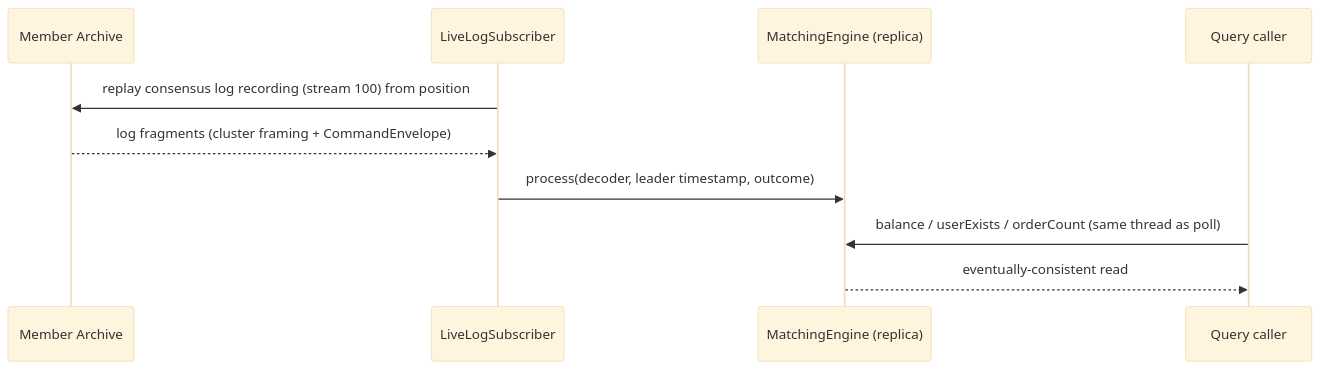
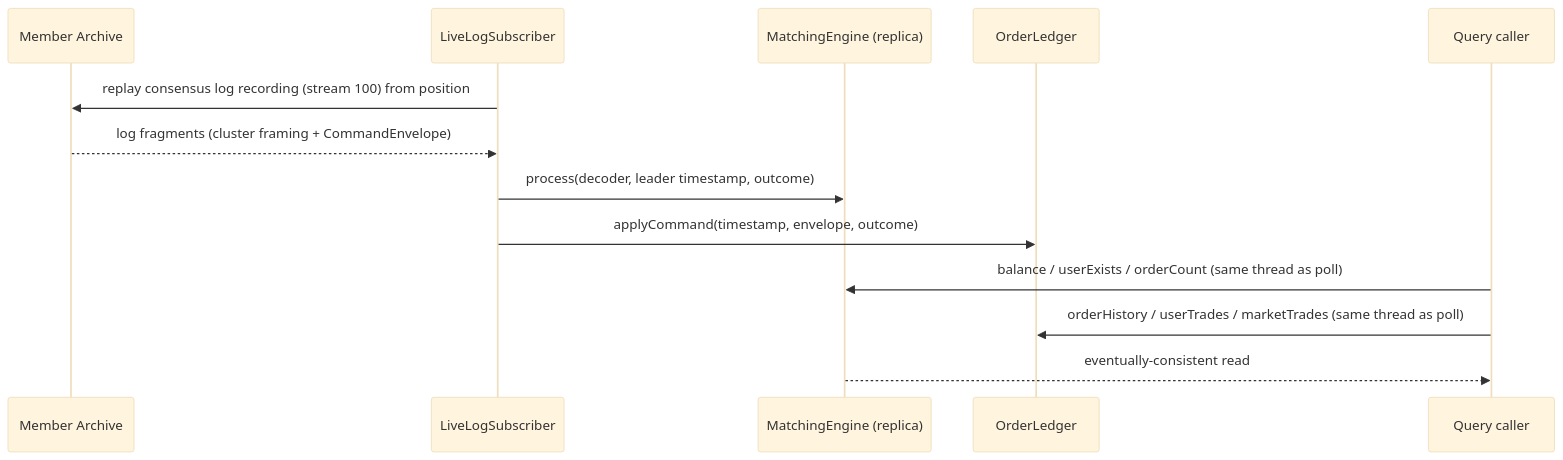
Before and after one commit to brianpht/excoredum: the sixth of 7 diagrams in docs/ARCHITECTURE.md, drawn with Mermaid (base theme). The commit also changed other lines of this file and 2 other files, not shown here.

````diff
--- a/docs/ARCHITECTURE.md
+++ b/docs/ARCHITECTURE.md
@@ -628,13 +635,16 @@
 ```mermaid
 sequenceDiagram
     participant AR as Member Archive
     participant LLS as LiveLogSubscriber
     participant ME as MatchingEngine (replica)
+    participant LED as OrderLedger
     participant Q as Query caller
 
     LLS ->> AR: replay consensus log recording (stream 100) from position
     AR -->> LLS: log fragments (cluster framing + CommandEnvelope)
     LLS ->> ME: process(decoder, leader timestamp, outcome)
+    LLS ->> LED: applyCommand(timestamp, envelope, outcome)
     Q ->> ME: balance / userExists / orderCount (same thread as poll)
+    Q ->> LED: orderHistory / userTrades / marketTrades (same thread as poll)
     ME -->> Q: eventually-consistent read
 ```
````
